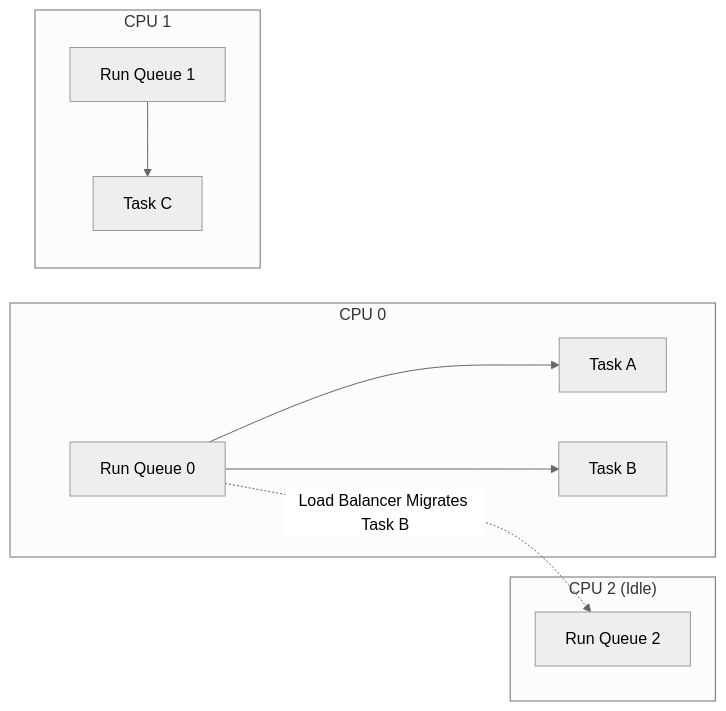
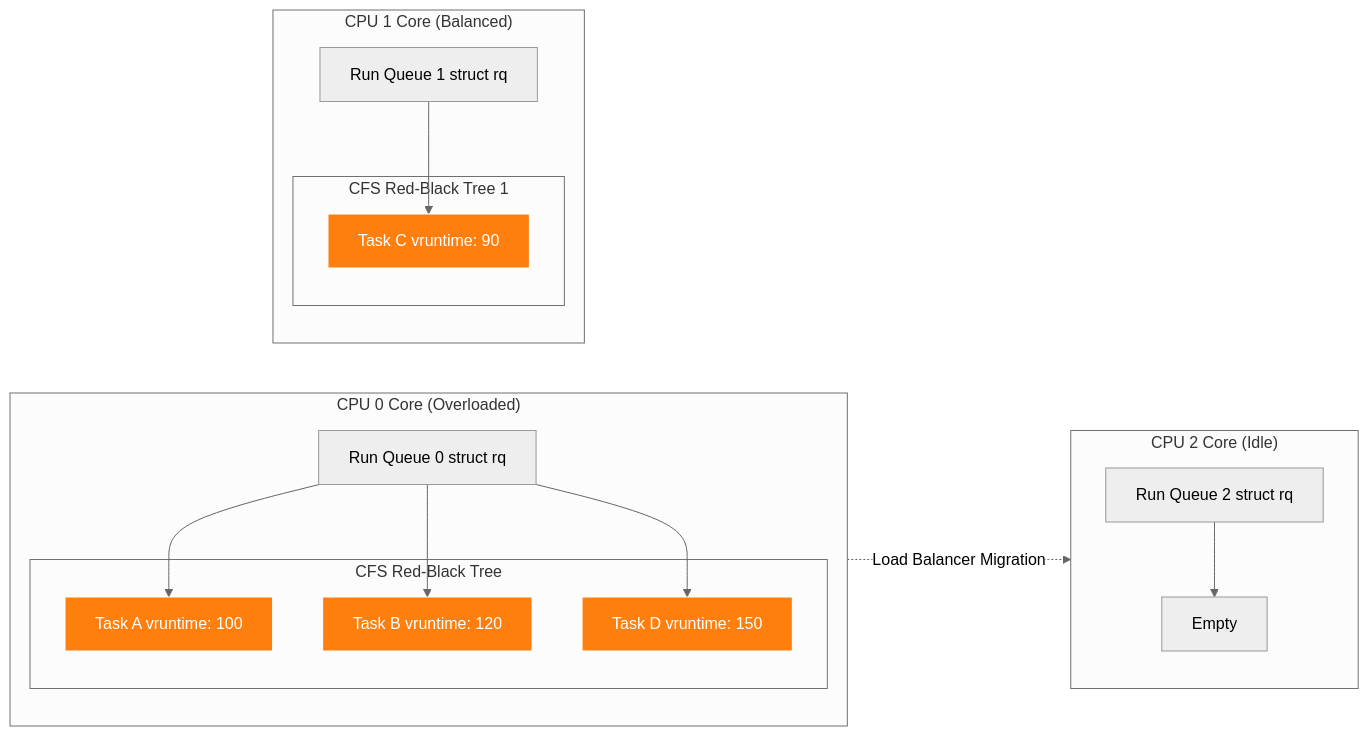
One commit to jithinpnjm/nvidia-devops changed the second of 3 diagrams in docs/volume-01/01-linux-compute-memory-masterclass.md. Above: the diagram before and after it, drawn with Mermaid (neutral theme). The commit also changed other lines of this file and 110 other files, not shown here.

Commit message:
docs(volume-1-10): complete second-pass refinement of formatting, visual diagrams, and code snippets

````diff
--- a/docs/volume-01/01-linux-compute-memory-masterclass.md
+++ b/docs/volume-01/01-linux-compute-memory-masterclass.md
@@ -115,19 +119,37 @@
 ```mermaid
-graph LR
-    subgraph "CPU 0"
-        RQ0[Run Queue 0]
-        RQ0 --> T1[Task A]
-        RQ0 --> T2[Task B]
+flowchart LR
+    subgraph "CPU 0 Core (Overloaded)"
+        direction TB
+        RQ0[Run Queue 0 struct rq]
+        subgraph "CFS Red-Black Tree"
+            T1[Task A vruntime: 100]
+            T2[Task B vruntime: 120]
+            T4[Task D vruntime: 150]
+        end
+        RQ0 --> T1
+        RQ0 --> T2
+        RQ0 --> T4
     end
     
-    subgraph "CPU 1"
-        RQ1[Run Queue 1]
-        RQ1 --> T3[Task C]
+    subgraph "CPU 1 Core (Balanced)"
+        direction TB
+        RQ1[Run Queue 1 struct rq]
+        subgraph "CFS Red-Black Tree 1"
+            T3[Task C vruntime: 90]
+        end
+        RQ1 --> T3
     end
     
-    subgraph "CPU 2 (Idle)"
-        RQ2[Run Queue 2]
+    subgraph "CPU 2 Core (Idle)"
+        direction TB
+        RQ2[Run Queue 2 struct rq]
+        Empty[Empty]
+        RQ2 --> Empty
     end
     
-    RQ0 -.->|Load Balancer Migrates Task B| RQ2
+    T4 -. "Load Balancer Migration" .-> RQ2
+    
+    classDef cpu fill:#1f77b4,stroke:#fff,stroke-width:2px,color:#fff;
+    classDef task fill:#ff7f0e,stroke:#fff,stroke-width:1px,color:#fff;
+    class T1,T2,T3,T4 task;
 ```
````
